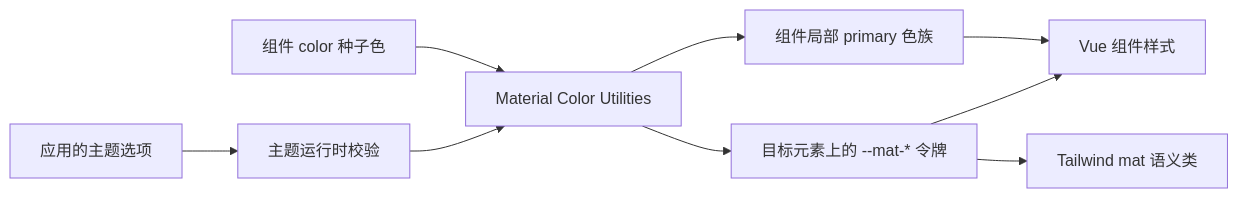
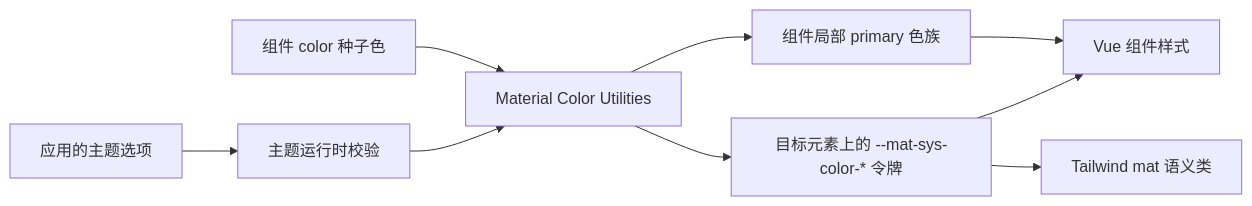
The first of 2 diagrams in docs/project/ARCHITECTURE.md (slime7/mde-vue), drawn with Mermaid before and after one commit. The commit also changed other lines of this file and 32 other files, not shown here.

First line of the commit message:
﻿refactor(tokens): 迁移至 M3 `--mat-sys-*` 分层令牌系统

````diff
--- a/docs/project/ARCHITECTURE.md
+++ b/docs/project/ARCHITECTURE.md
@@ -65,11 +65,11 @@
 ```mermaid
 flowchart LR
     A["应用的主题选项"] --> B["主题运行时校验"]
     B --> C["Material Color Utilities"]
-    C --> D["目标元素上的 --mat-* 令牌"]
+    C --> D["目标元素上的 --mat-sys-color-* 令牌"]
     D --> E["Vue 组件样式"]
     D --> F["Tailwind mat 语义类"]
     G["组件 color 种子色"] --> C
     C --> H["组件局部 primary 色族"]
     H --> E
 ```
````
